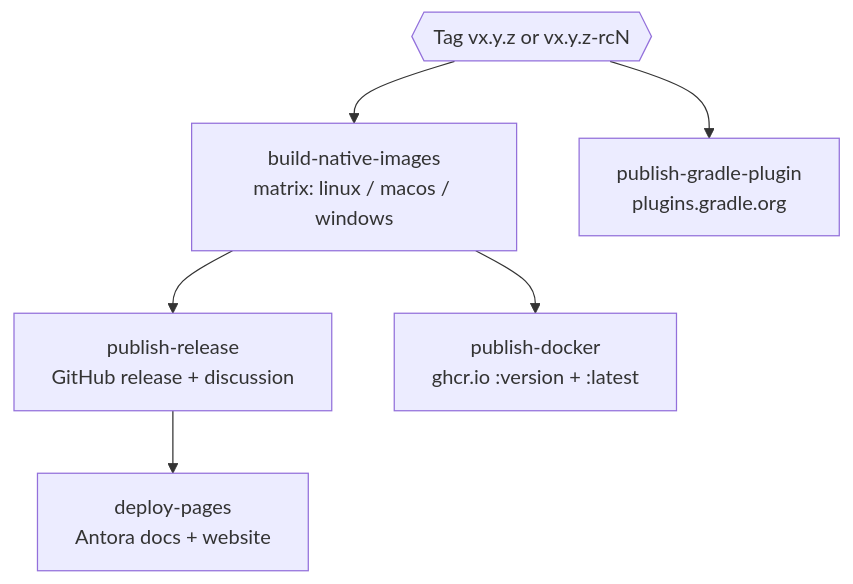
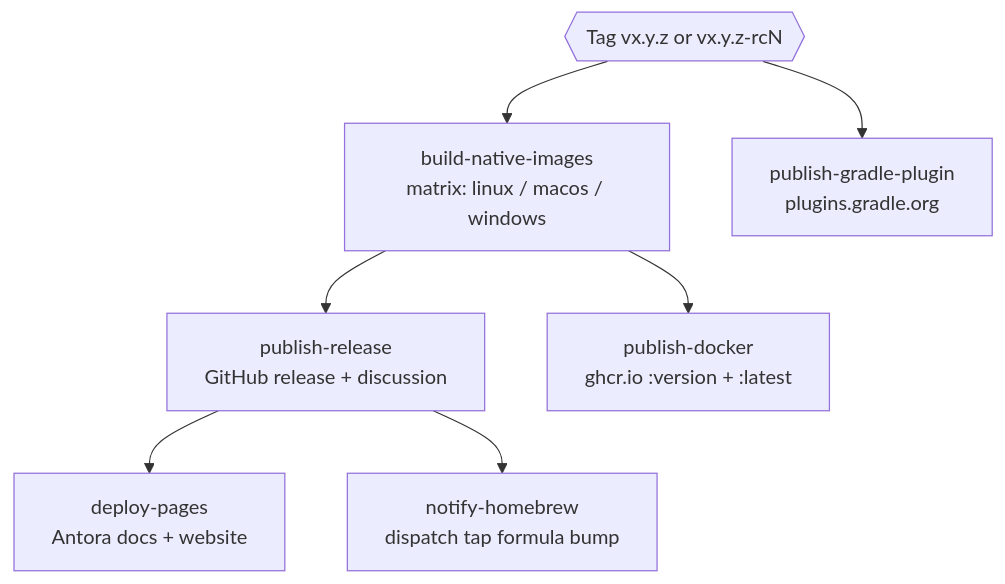
One commit to vulnlog/vulnlog changed the second of 3 diagrams in devdoc/GitHub-Action-Pipelines.md. Above: the diagram before and after it, drawn with Mermaid. The commit also changed other lines of this file and 4 other files, not shown here.

````diff
--- a/devdoc/GitHub-Action-Pipelines.md
+++ b/devdoc/GitHub-Action-Pipelines.md
@@ -64,9 +64,10 @@
 ```mermaid
 flowchart TD
     TAG{{Tag vx.y.z or vx.y.z-rcN}}
     TAG --> BNI[build-native-images<br/>matrix: linux / macos / windows]
     BNI --> PR2[publish-release<br/>GitHub release + discussion]
     PR2 --> DP[deploy-pages<br/>Antora docs + website]
+    PR2 --> NHB[notify-homebrew<br/>dispatch tap formula bump]
     BNI --> PDR[publish-docker<br/>ghcr.io :version + :latest]
     TAG --> PGP[publish-gradle-plugin<br/>plugins.gradle.org]
 ```
````
